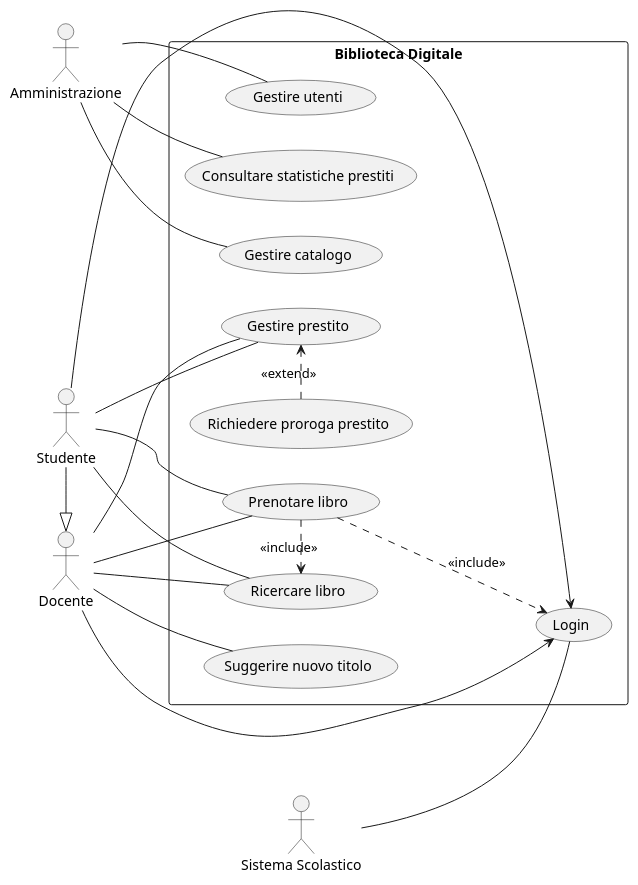
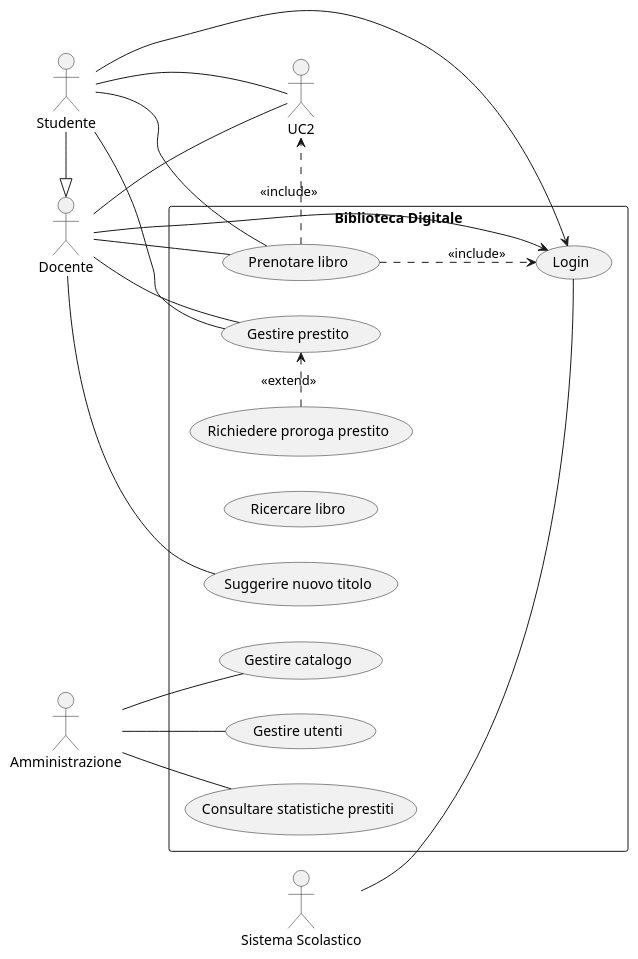
One commit to itsNikk/2526-4BI changed the diagram in uml/src/UCD/Biblioteca.puml. Above: the diagram before and after it, drawn with PlantUML.

```diff
--- a/uml/src/UCD/Biblioteca.puml
+++ b/uml/src/UCD/Biblioteca.puml
@@ -1,44 +1,43 @@
 @startuml
 left to right direction
 
 :Studente: as S
 :Docente: as D
 :Amministrazione: as A
 :Sistema Scolastico: as SS
 
 '' metto "" perchè altrimenti non legge gli spazi
 rectangle "Biblioteca Digitale" {
   (Login) as UC1
-  (Ricercare libro) as UC2
+  (Ricercare libro) as UC2clas
   (Prenotare libro) as UC3
   (Gestire prestito) as UC4
   (Richiedere proroga prestito) as UC5
   (Suggerire nuovo titolo) as UC6
   (Gestire catalogo) as UC7
   (Gestire utenti) as UC8
   (Consultare statistiche prestiti) as UC9
 }
 
 S --> UC1
 S -- UC2
 S -- UC3
 S -- UC4
 D --> UC1
 D -- UC2
 D -- UC3
 D -- UC4
 D -- UC6
 A -- UC7
 A -- UC8
 A -- UC9
 SS -- UC1
 
 UC3 ..> UC1 : <<include>>
 
-
 UC3 .> UC2 : <<include>>
 UC5 .> UC4 : <<extend>>
 
 S -|> D
 
 @enduml
```
